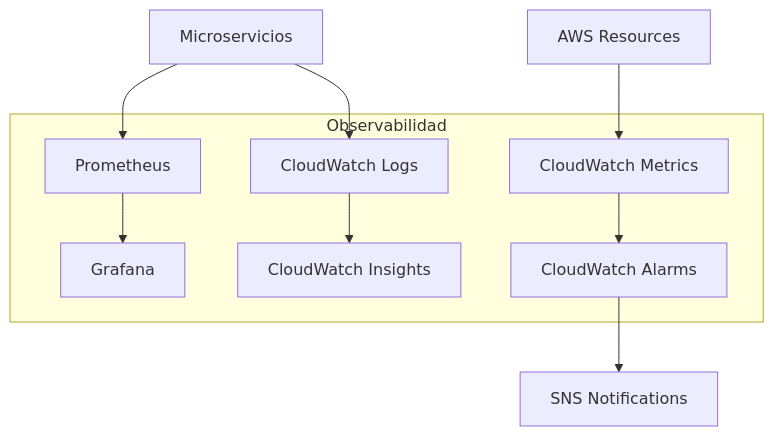
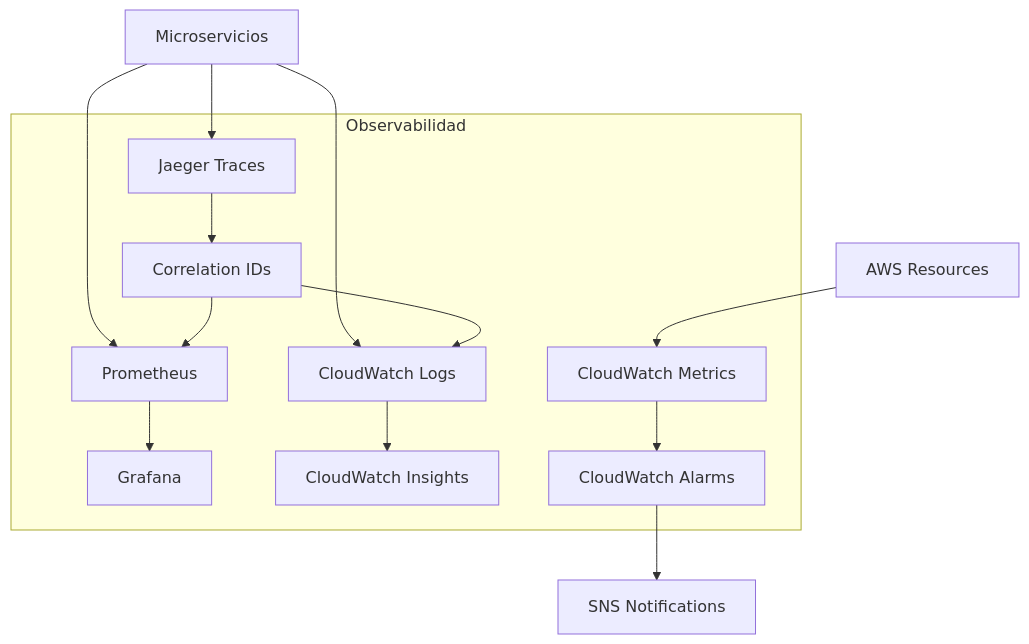
Before and after one commit to retrogamecloud/docs: the diagram in infrastructure/logging.mdx, drawn with Mermaid. The commit also changed other lines of this file and 33 other files, not shown here.

````diff
--- a/infrastructure/logging.mdx
+++ b/infrastructure/logging.mdx
@@ -18,20 +18,25 @@
 ```mermaid
 graph TB
     A[Microservicios] --> B[Prometheus]
     A --> C[CloudWatch Logs]
+    A --> J[Jaeger Traces]
     B --> D[Grafana]
     C --> E[CloudWatch Insights]
     F[AWS Resources] --> G[CloudWatch Metrics]
     G --> H[CloudWatch Alarms]
     H --> I[SNS Notifications]
+    J --> K[Correlation IDs]
+    K --> C
+    K --> B
 
     subgraph "Observabilidad"
         B
         C
         D
         E
         G
         H
+        J
+        K
     end
-
 ```
````
